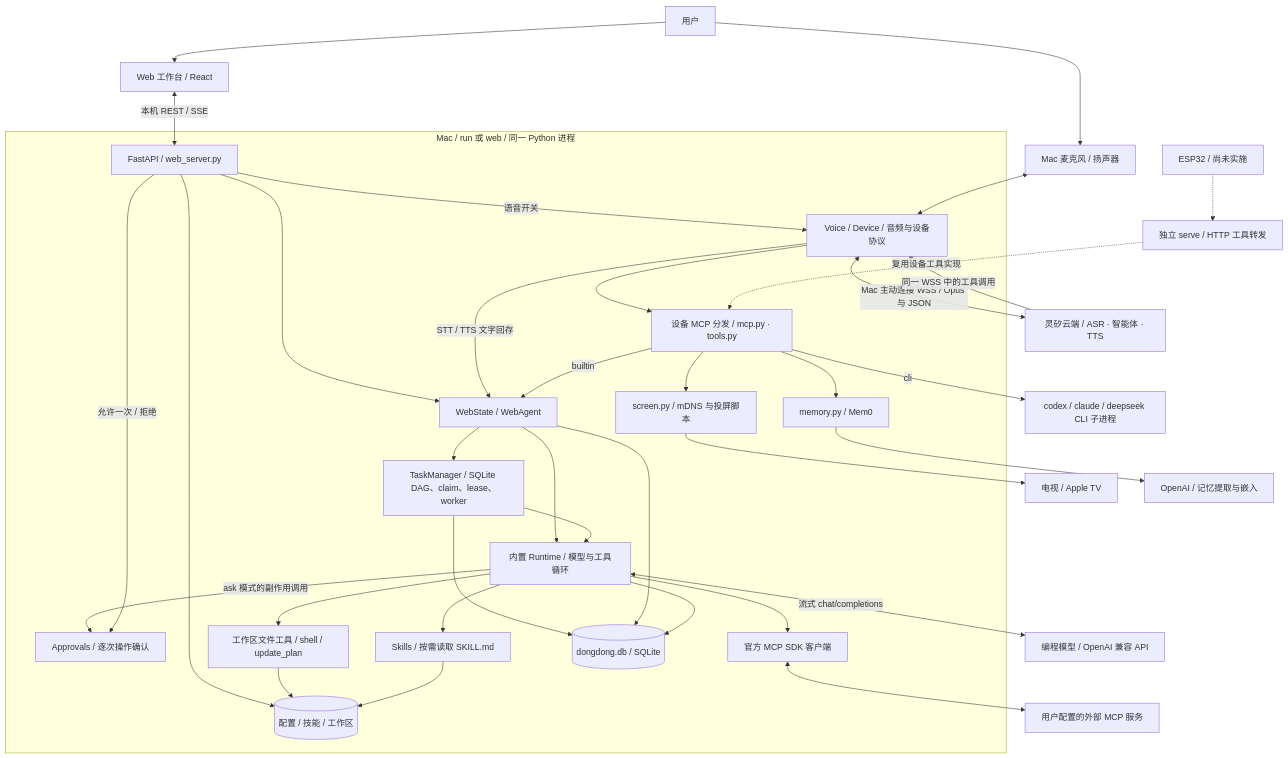
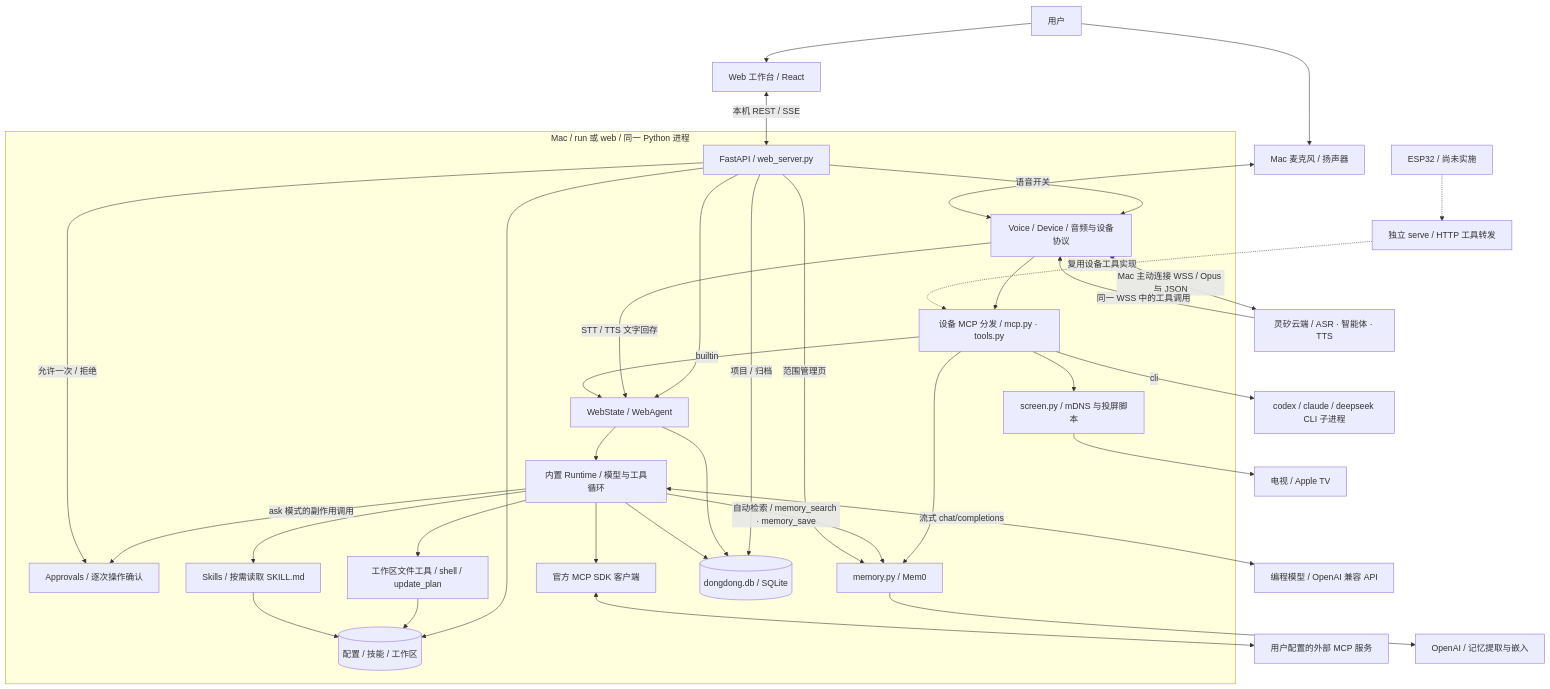
Before and after one commit to ShaoLongFei/dongdong: the first of 3 diagrams in docs/architecture.md, drawn with Mermaid. The commit also changed other lines of this file and 34 other files, not shown here.

````diff
--- a/docs/architecture.md
+++ b/docs/architecture.md
@@ -15,59 +15,58 @@
 ```mermaid
 flowchart TB
     User[用户] --> Browser[Web 工作台 / React]
     User --> Mic[Mac 麦克风 / 扬声器]
     Linx[灵矽云端 / ASR · 智能体 · TTS]
     Model[编程模型 / OpenAI 兼容 API]
     Ext[用户配置的外部 MCP 服务]
     CLI[codex / claude / deepseek CLI 子进程]
     TV[电视 / Apple TV]
     OpenAI[OpenAI / 记忆提取与嵌入]
 
     subgraph Mac[Mac / run 或 web / 同一 Python 进程]
         API[FastAPI / web_server.py]
         Web[WebState / WebAgent]
         Voice[Voice / Device / 音频与设备协议]
         DeviceTools[设备 MCP 分发 / mcp.py · tools.py]
         Runtime[内置 Runtime / 模型与工具循环]
-        Scheduler[TaskManager / SQLite DAG、claim、lease、worker]
         Gate[Approvals / 逐次操作确认]
         Builtin[工作区文件工具 / shell / update_plan]
         Skill[Skills / 按需读取 SKILL.md]
         Client[官方 MCP SDK 客户端]
         Screen[screen.py / mDNS 与投屏脚本]
         Memory[memory.py / Mem0]
         DB[(dongdong.db / SQLite)]
         Files[(配置 / 技能 / 工作区)]
     end
 
     Browser <-->|本机 REST / SSE| API
     API --> Web
     API -->|语音开关| Voice
     Voice -->|STT / TTS 文字回存| Web
     Mic <--> Voice
     Voice <-->|Mac 主动连接 WSS / Opus 与 JSON| Linx
     Linx -->|同一 WSS 中的工具调用| Voice
     Voice --> DeviceTools
     DeviceTools -->|builtin| Web
     DeviceTools -->|cli| CLI
     DeviceTools --> Screen --> TV
     DeviceTools --> Memory --> OpenAI
+    Runtime -->|自动检索 / memory_search · memory_save| Memory
+    API -->|项目 / 归档| DB
+    API -->|范围管理页| Memory
     Web --> Runtime
-    Web --> Scheduler
-    Scheduler --> Runtime
-    Scheduler --> DB
     Runtime <-->|流式 chat/completions| Model
     Runtime -->|ask 模式的副作用调用| Gate
     API -->|允许一次 / 拒绝| Gate
     Runtime --> Builtin
     Runtime --> Skill
     Runtime --> Client <--> Ext
     Web --> DB
     Runtime --> DB
     API --> Files
     Builtin --> Files
     Skill --> Files
 
     ESP[ESP32 / 尚未实施] -.-> Bridge[独立 serve / HTTP 工具转发]
     Bridge -.->|复用设备工具实现| DeviceTools
 ```
````
